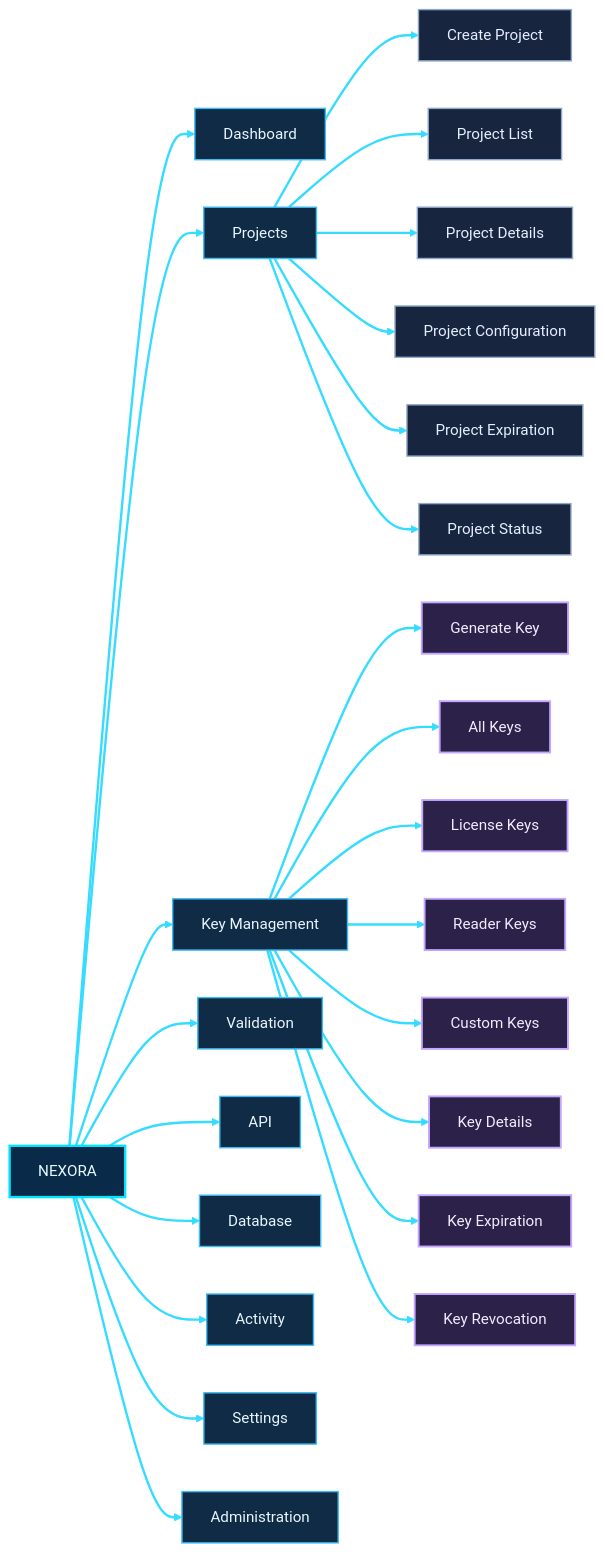
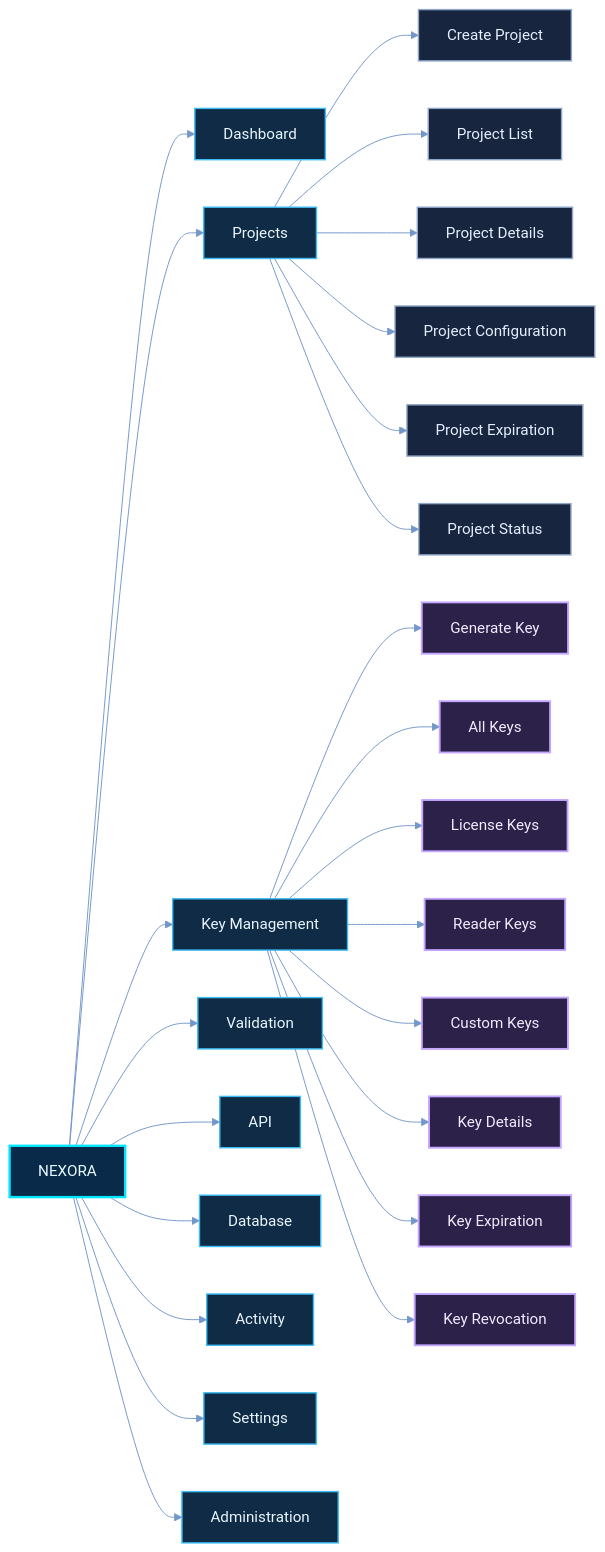
The fifth of 23 diagrams in README.md (shajeduzzamanenan992008inc/NexOra-Database-key-Gen), drawn with Mermaid before and after one commit. The commit also changed other lines of this file, not shown here.

````diff
--- a/README.md
+++ b/README.md
@@ -625,47 +625,47 @@
 ```mermaid
 %%{init: {"theme":"base","themeVariables":{"darkMode":true,"background":"#07111f","primaryColor":"#102744","primaryTextColor":"#e8f7ff","primaryBorderColor":"#00d9ff","lineColor":"#7297c8","secondaryColor":"#261d45","secondaryTextColor":"#f3eaff","secondaryBorderColor":"#a78bfa","tertiaryColor":"#12332b","tertiaryTextColor":"#e0fff1","tertiaryBorderColor":"#41e6a2","fontFamily":"Inter, Segoe UI, sans-serif","edgeLabelBackground":"#101d34","mainBkg":"#102744","nodeBorder":"#00d9ff","clusterBkg":"#0b1930","clusterBorder":"#6f7dff","actorBkg":"#102744","actorBorder":"#00d9ff","actorTextColor":"#e8f7ff","signalColor":"#64d8ff","signalTextColor":"#e8f7ff","noteBkgColor":"#0e332b","noteBorderColor":"#41e6a2","noteTextColor":"#e0fff1"}}}%%
 flowchart LR
     NX["NEXORA"] --> N1["Dashboard"]
     NX --> N2["Projects"]
     NX --> N3["Key Management"]
     NX --> N4["Validation"]
     NX --> N5["API"]
     NX --> N6["Database"]
     NX --> N7["Activity"]
     NX --> N8["Settings"]
     NX --> N9["Administration"]
 
     N2 --> P1["Create Project"]
     N2 --> P2["Project List"]
     N2 --> P3["Project Details"]
     N2 --> P4["Project Configuration"]
     N2 --> P5["Project Expiration"]
     N2 --> P6["Project Status"]
 
     N3 --> K1["Generate Key"]
     N3 --> K2["All Keys"]
     N3 --> K3["License Keys"]
     N3 --> K4["Reader Keys"]
     N3 --> K5["Custom Keys"]
     N3 --> K6["Key Details"]
     N3 --> K7["Key Expiration"]
     N3 --> K8["Key Revocation"]
 
+    %% OMEGA NEX-ORA visual classes
     %% OMEGA NEX-ORA / ULTRA NEON PALETTE
     classDef nxCore fill:#092b49,stroke:#00e5ff,stroke-width:2.5px,color:#e9fbff;
     classDef nxProcess fill:#102b45,stroke:#3dbcf5,stroke-width:1.5px,color:#e9f6ff;
     classDef nxDecision fill:#2b2050,stroke:#b38cff,stroke-width:2px,color:#f3edff;
     classDef nxSuccess fill:#0d3b2c,stroke:#3fffa0,stroke-width:2px,color:#e0fff0;
     classDef nxDanger fill:#451d30,stroke:#ff6688,stroke-width:2px,color:#fff0f3;
     classDef nxData fill:#12352d,stroke:#63e6be,stroke-width:2px,color:#e1fff5;
     classDef nxExternal fill:#2b2149,stroke:#c4a5ff,stroke-width:2px,color:#f3ecff;
     classDef nxInfo fill:#17253e,stroke:#91a7c9,stroke-width:1.5px,color:#e5efff;
     classDef nxWarning fill:#453116,stroke:#fbbf24,stroke-width:2px,color:#fff6d6;
+    %% Moving dashed route: Mermaid applies this class to explicitly identified edges.
     class NX nxCore;
     class N1,N2,N3,N4,N5,N6,N7,N8,N9 nxProcess;
     class P1,P2,P3,P4,P5,P6 nxInfo;
     class K1,K2,K3,K4,K5,K6,K7,K8 nxExternal;
-
-    %% Animated primary paths using Mermaid linkStyle (no edge-ID parser required)
-    linkStyle default stroke:#35dcff,stroke-width:2.5px,stroke-dasharray:8\,6,stroke-dashoffset:1000,animation:dash 24s linear infinite;
+    class nx05e01,nx05e02,nx05e03,nx05e04,nx05e05,nx05e06,nx05e07,nx05e08,nx05e09,nx05e10,nx05e11 nxAnimated;
 ```
````
